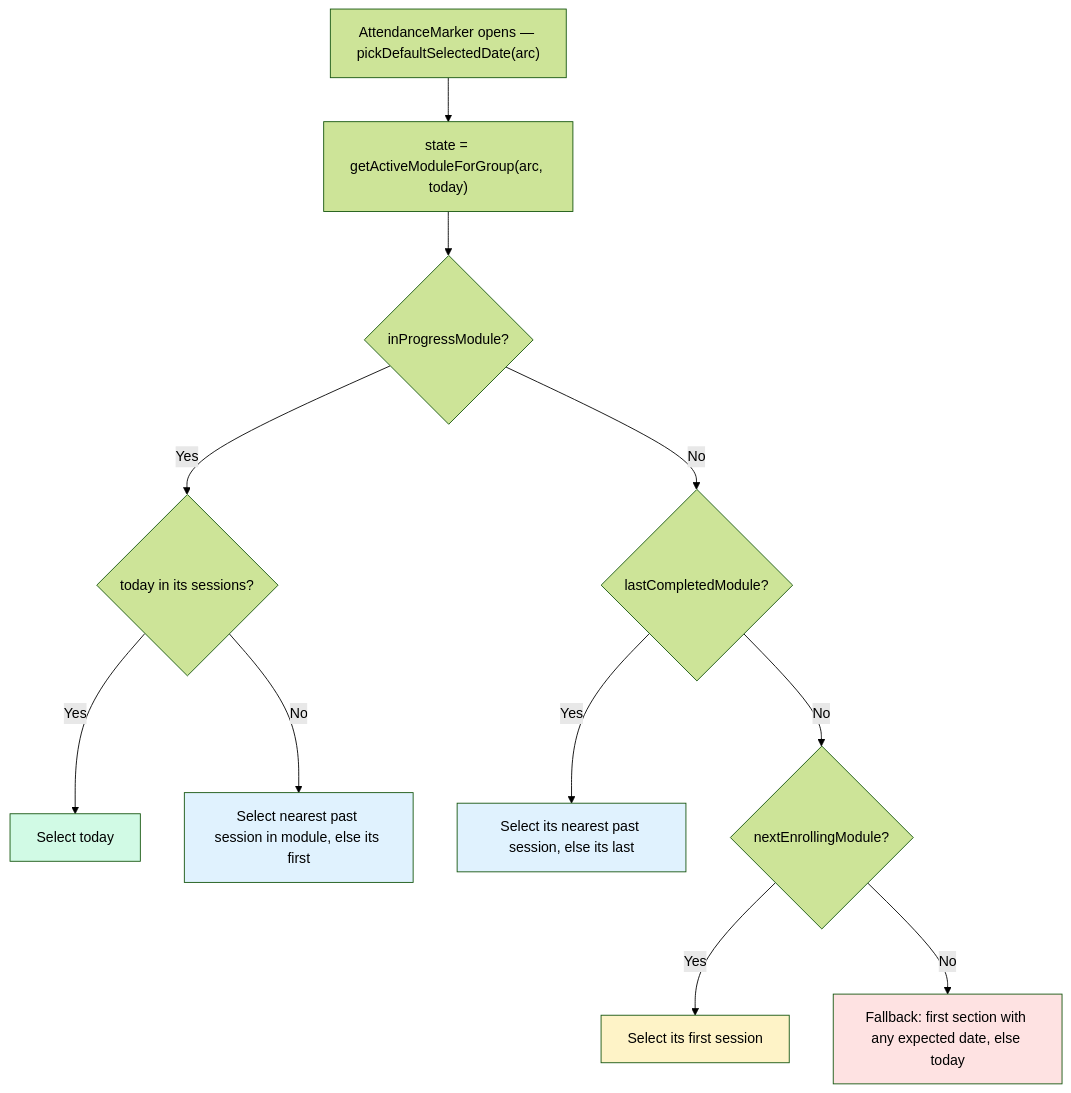
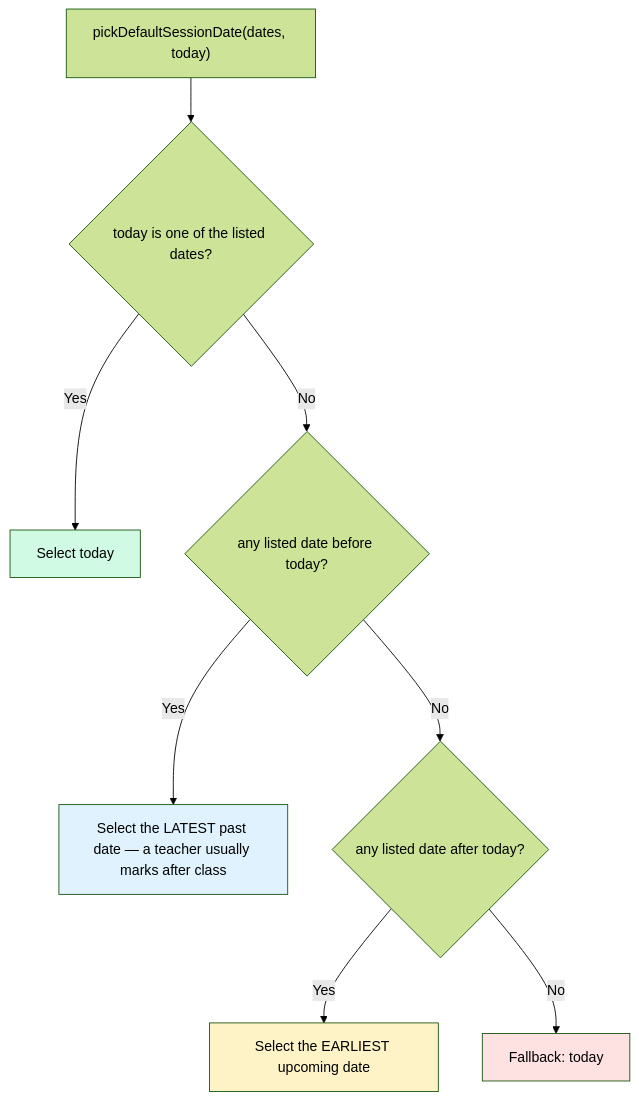
Diagram 11 of 11 in docs/diagrams/attendance-flow.md (jpucic00/inovatic), drawn with Mermaid (forest theme) before and after one commit. The commit also changed other lines of this file and 3 other files, not shown here.

First line of the commit message:
Dijagrami: privici i vrste kampanja u ERD-u, izbor termina i čip dolaska, izvedeni datumi modula

````diff
--- a/docs/diagrams/attendance-flow.md
+++ b/docs/diagrams/attendance-flow.md
@@ -310,19 +314,15 @@
 ```mermaid
 flowchart TD
-    A["AttendanceMarker opens — pickDefaultSelectedDate(arc)"] --> B["state = getActiveModuleForGroup(arc, today)"]
-    B --> C{inProgressModule?}
-    C -->|Yes| C1{today in its sessions?}
-    C1 -->|Yes| PICK1[Select today]
-    C1 -->|No| C2[Select nearest past session in module, else its first]
-    C -->|No| D{lastCompletedModule?}
-    D -->|Yes| D1[Select its nearest past session, else its last]
-    D -->|No| E{nextEnrollingModule?}
-    E -->|Yes| E1[Select its first session]
-    E -->|No| F["Fallback: first section with any expected date, else today"]
+    A["pickDefaultSessionDate(dates, today)"] --> B{"today is one of the listed dates?"}
+    B -->|Yes| PICK1[Select today]
+    B -->|No| C{"any listed date before today?"}
+    C -->|Yes| C1["Select the LATEST past date — a teacher usually marks after class"]
+    C -->|No| D{"any listed date after today?"}
+    D -->|Yes| D1[Select the EARLIEST upcoming date]
+    D -->|No| F[Fallback: today]
 
     style PICK1 fill:#d1fae5
-    style C2 fill:#e0f2fe
-    style D1 fill:#e0f2fe
-    style E1 fill:#fef3c7
+    style C1 fill:#e0f2fe
+    style D1 fill:#fef3c7
     style F fill:#fee2e2
 ```
````
